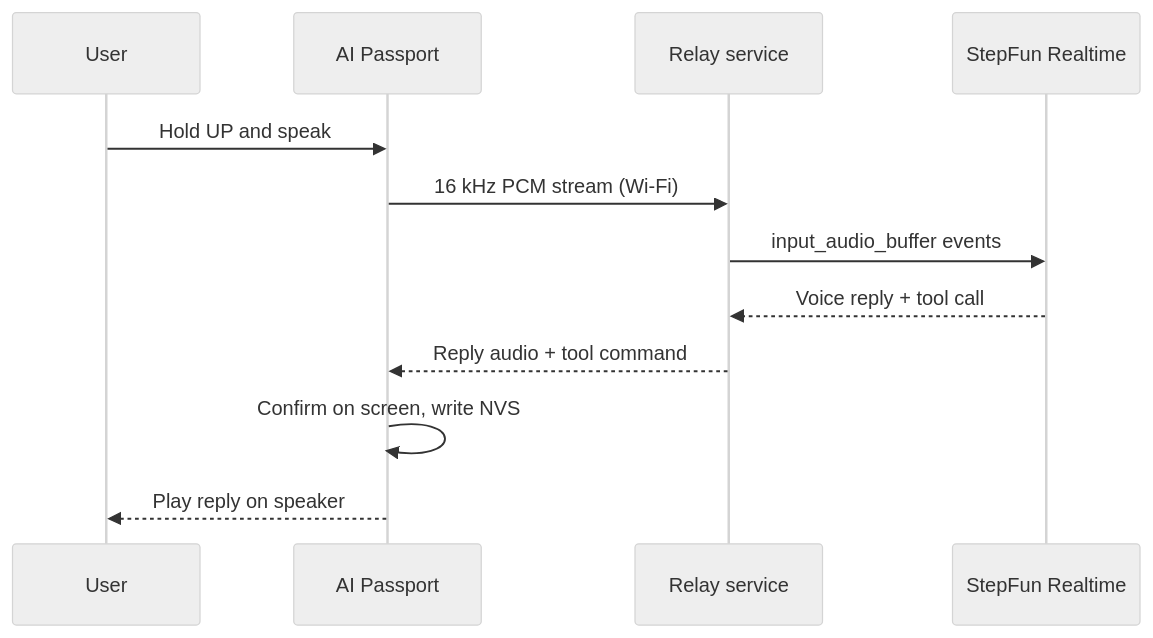
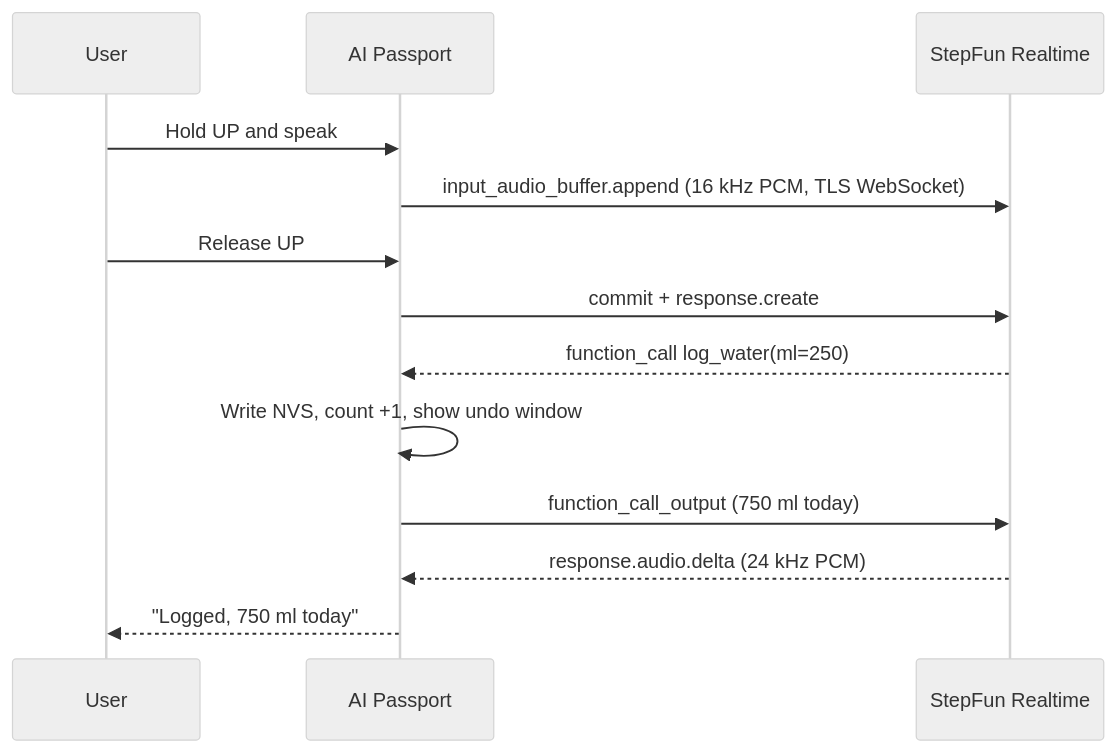
Before and after one commit to iFwu/passport-health-buddy: the second of 2 diagrams in docs/health-companion.md, drawn with Mermaid (neutral theme). The commit also changed other lines of this file and 11 other files, not shown here.

````diff
--- a/docs/health-companion.md
+++ b/docs/health-companion.md
@@ -98,14 +101,15 @@
 ```mermaid
 sequenceDiagram
     participant U as User
     participant D as AI Passport
-    participant R as Relay service
     participant S as StepFun Realtime
     U->>D: Hold UP and speak
-    D->>R: 16 kHz PCM stream (Wi-Fi)
-    R->>S: input_audio_buffer events
-    S-->>R: Voice reply + tool call
-    R-->>D: Reply audio + tool command
-    D->>D: Confirm on screen, write NVS
-    D-->>U: Play reply on speaker
+    D->>S: input_audio_buffer.append (16 kHz PCM, TLS WebSocket)
+    U->>D: Release UP
+    D->>S: commit + response.create
+    S-->>D: function_call log_water(ml=250)
+    D->>D: Write NVS, count +1, show undo window
+    D->>S: function_call_output (750 ml today)
+    S-->>D: response.audio.delta (24 kHz PCM)
+    D-->>U: "Logged, 750 ml today"
 ```
````
